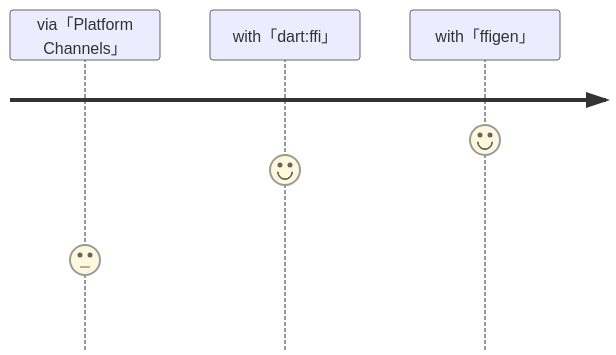
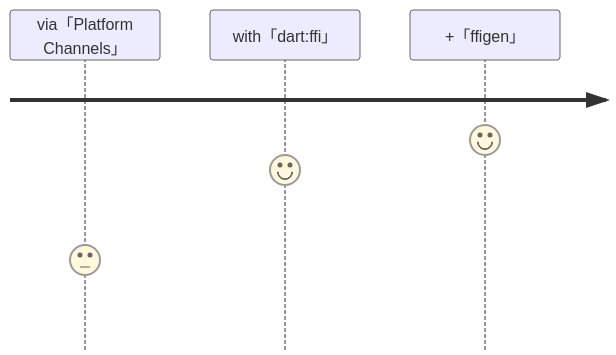
One commit to sensuikan1973/flutter_expensive_native_embedding_journey changed the diagram in slide/pages/journey_native_C_APIs.md. Above: the diagram before and after it, drawn with Mermaid. The commit also changed 1 other file, not shown here.

````diff
--- a/slide/pages/journey_native_C_APIs.md
+++ b/slide/pages/journey_native_C_APIs.md
@@ -18,6 +18,6 @@
 ```mermaid {scale: 0.6}
 journey
     via「Platform Channels」: 3
     with「dart#58;ffi」 : 6
-    with「ffigen」 : 7
+    +「ffigen」 : 7
 ```
````
